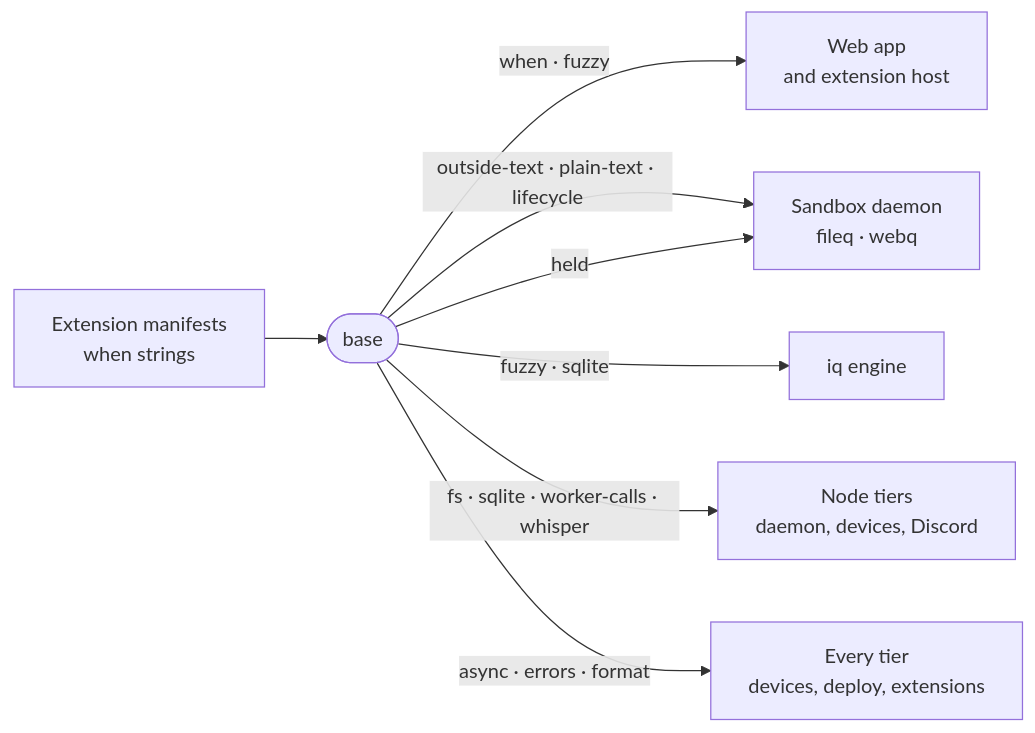
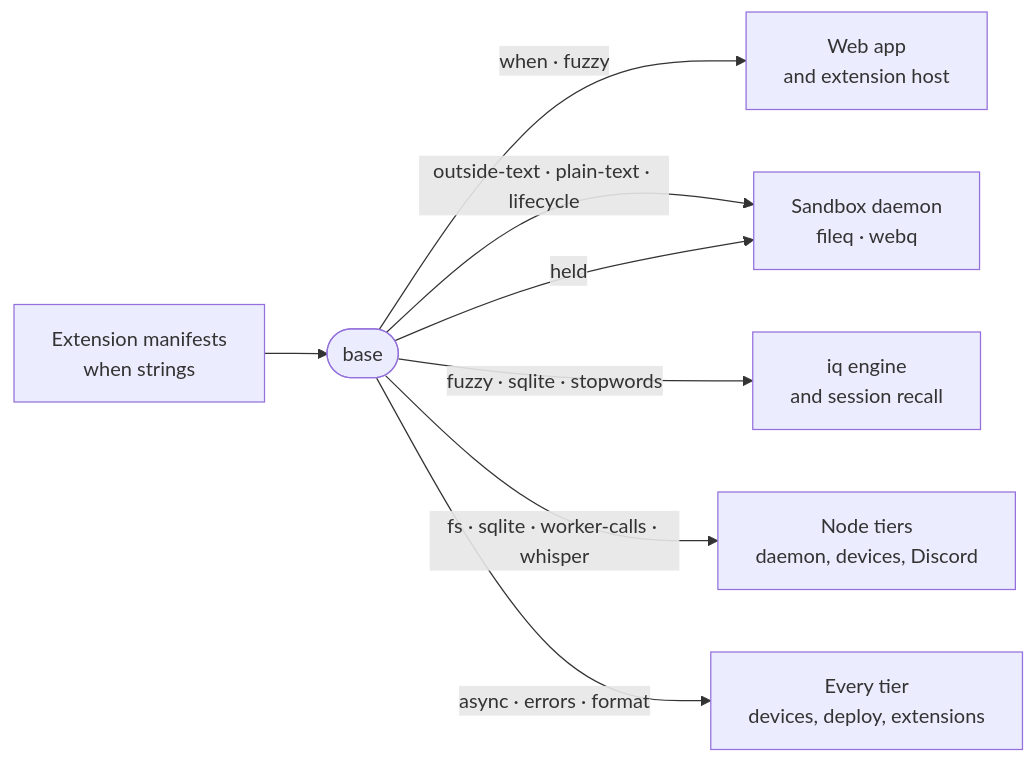
The diagram in _tools/base/README.md (intentic/intentic), drawn with Mermaid before and after one commit. The commit also changed other lines of this file and 83 other files, not shown here.

````diff
--- a/_tools/base/README.md
+++ b/_tools/base/README.md
@@ -5,10 +5,10 @@
 ```mermaid
 flowchart LR
     manifest["Extension manifests<br/>when strings"] --> base(["base"])
     base -->|"when · fuzzy"| web["Web app<br/>and extension host"]
     base -->|"outside-text · plain-text · lifecycle"| daemon["Sandbox daemon<br/>fileq · webq"]
-    base -->|"fuzzy · sqlite"| iq["iq engine"]
+    base -->|"fuzzy · sqlite · stopwords"| iq["iq engine<br/>and session recall"]
     base -->|"fs · sqlite · worker-calls · whisper"| node["Node tiers<br/>daemon, devices, Discord"]
     base -->|"async · errors · format"| rest["Every tier<br/>devices, deploy, extensions"]
     base -->|"held"| daemon
 ```
````
